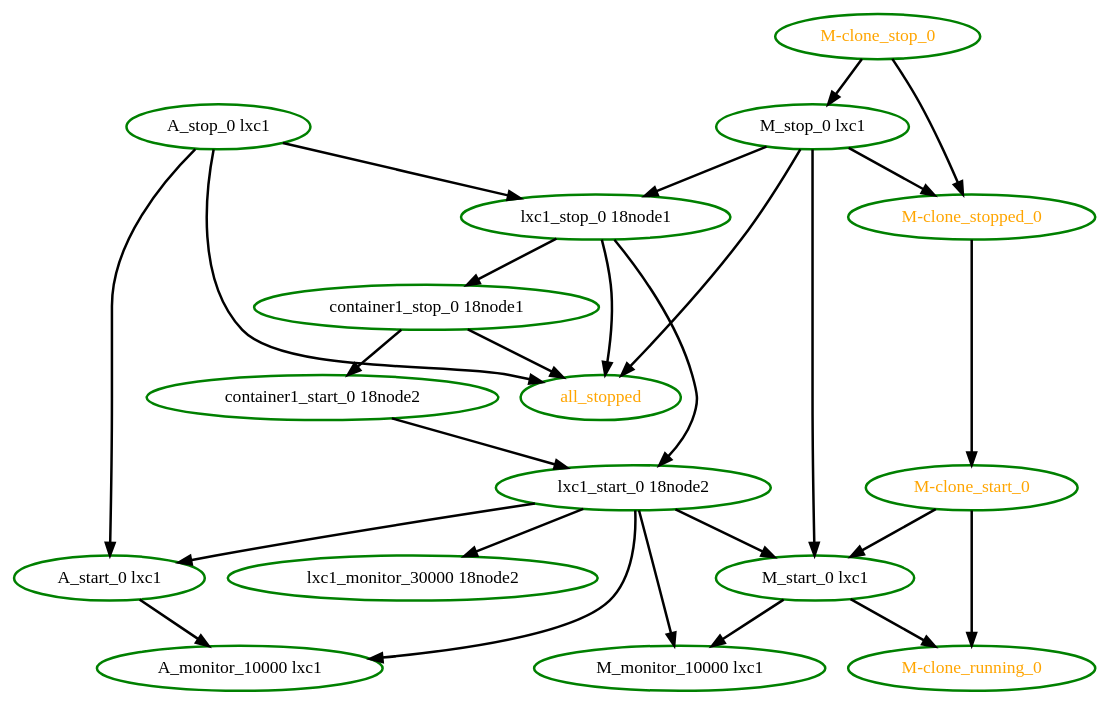
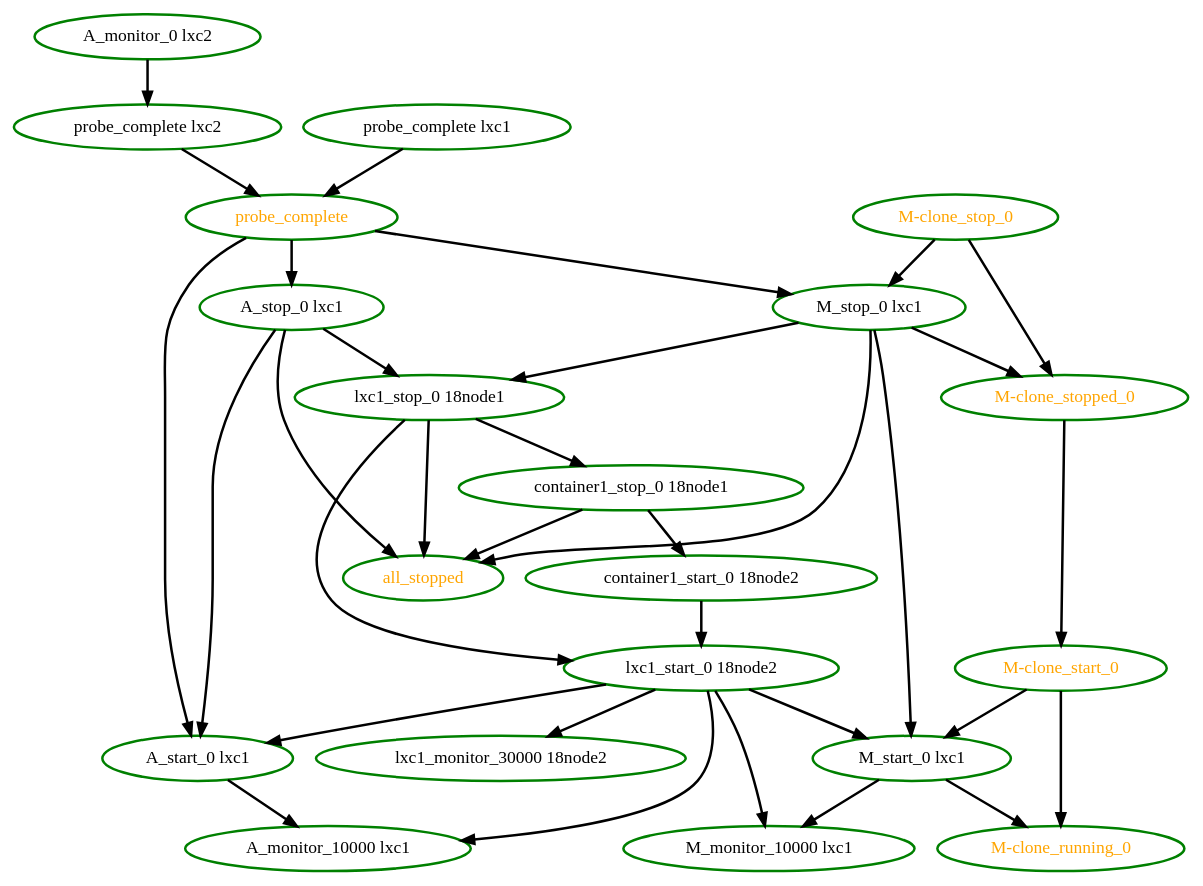
One commit to ClusterLabs/pacemaker changed the diagram in pengine/test10/whitebox-move.dot. Above: the diagram before and after it, drawn with Graphviz. The commit also changed 26 other files, not shown here.

```diff
--- a/pengine/test10/whitebox-move.dot
+++ b/pengine/test10/whitebox-move.dot
@@ -1,44 +1,54 @@
 digraph "g" {
+"A_monitor_0 lxc2" -> "probe_complete lxc2" [ style = bold]
+"A_monitor_0 lxc2" [ style=bold color="green" fontcolor="black"]
 "A_monitor_10000 lxc1" [ style=bold color="green" fontcolor="black"]
 "A_start_0 lxc1" -> "A_monitor_10000 lxc1" [ style = bold]
 "A_start_0 lxc1" [ style=bold color="green" fontcolor="black"]
 "A_stop_0 lxc1" -> "A_start_0 lxc1" [ style = bold]
 "A_stop_0 lxc1" -> "all_stopped" [ style = bold]
 "A_stop_0 lxc1" -> "lxc1_stop_0 18node1" [ style = bold]
 "A_stop_0 lxc1" [ style=bold color="green" fontcolor="black"]
 "M-clone_running_0" [ style=bold color="green" fontcolor="orange"]
 "M-clone_start_0" -> "M-clone_running_0" [ style = bold]
 "M-clone_start_0" -> "M_start_0 lxc1" [ style = bold]
 "M-clone_start_0" [ style=bold color="green" fontcolor="orange"]
 "M-clone_stop_0" -> "M-clone_stopped_0" [ style = bold]
 "M-clone_stop_0" -> "M_stop_0 lxc1" [ style = bold]
 "M-clone_stop_0" [ style=bold color="green" fontcolor="orange"]
 "M-clone_stopped_0" -> "M-clone_start_0" [ style = bold]
 "M-clone_stopped_0" [ style=bold color="green" fontcolor="orange"]
 "M_monitor_10000 lxc1" [ style=bold color="green" fontcolor="black"]
 "M_start_0 lxc1" -> "M-clone_running_0" [ style = bold]
 "M_start_0 lxc1" -> "M_monitor_10000 lxc1" [ style = bold]
 "M_start_0 lxc1" [ style=bold color="green" fontcolor="black"]
 "M_stop_0 lxc1" -> "M-clone_stopped_0" [ style = bold]
 "M_stop_0 lxc1" -> "M_start_0 lxc1" [ style = bold]
 "M_stop_0 lxc1" -> "all_stopped" [ style = bold]
 "M_stop_0 lxc1" -> "lxc1_stop_0 18node1" [ style = bold]
 "M_stop_0 lxc1" [ style=bold color="green" fontcolor="black"]
 "all_stopped" [ style=bold color="green" fontcolor="orange"]
 "container1_start_0 18node2" -> "lxc1_start_0 18node2" [ style = bold]
 "container1_start_0 18node2" [ style=bold color="green" fontcolor="black"]
 "container1_stop_0 18node1" -> "all_stopped" [ style = bold]
 "container1_stop_0 18node1" -> "container1_start_0 18node2" [ style = bold]
 "container1_stop_0 18node1" [ style=bold color="green" fontcolor="black"]
 "lxc1_monitor_30000 18node2" [ style=bold color="green" fontcolor="black"]
 "lxc1_start_0 18node2" -> "A_monitor_10000 lxc1" [ style = bold]
 "lxc1_start_0 18node2" -> "A_start_0 lxc1" [ style = bold]
 "lxc1_start_0 18node2" -> "M_monitor_10000 lxc1" [ style = bold]
 "lxc1_start_0 18node2" -> "M_start_0 lxc1" [ style = bold]
 "lxc1_start_0 18node2" -> "lxc1_monitor_30000 18node2" [ style = bold]
 "lxc1_start_0 18node2" [ style=bold color="green" fontcolor="black"]
 "lxc1_stop_0 18node1" -> "all_stopped" [ style = bold]
 "lxc1_stop_0 18node1" -> "container1_stop_0 18node1" [ style = bold]
 "lxc1_stop_0 18node1" -> "lxc1_start_0 18node2" [ style = bold]
 "lxc1_stop_0 18node1" [ style=bold color="green" fontcolor="black"]
+"probe_complete lxc1" -> "probe_complete" [ style = bold]
+"probe_complete lxc1" [ style=bold color="green" fontcolor="black"]
+"probe_complete lxc2" -> "probe_complete" [ style = bold]
+"probe_complete lxc2" [ style=bold color="green" fontcolor="black"]
+"probe_complete" -> "A_start_0 lxc1" [ style = bold]
+"probe_complete" -> "A_stop_0 lxc1" [ style = bold]
+"probe_complete" -> "M_stop_0 lxc1" [ style = bold]
+"probe_complete" [ style=bold color="green" fontcolor="orange"]
 }
```
